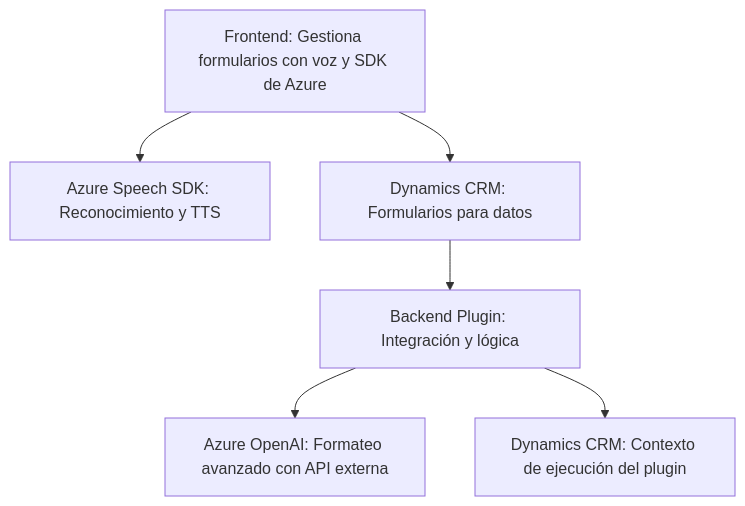
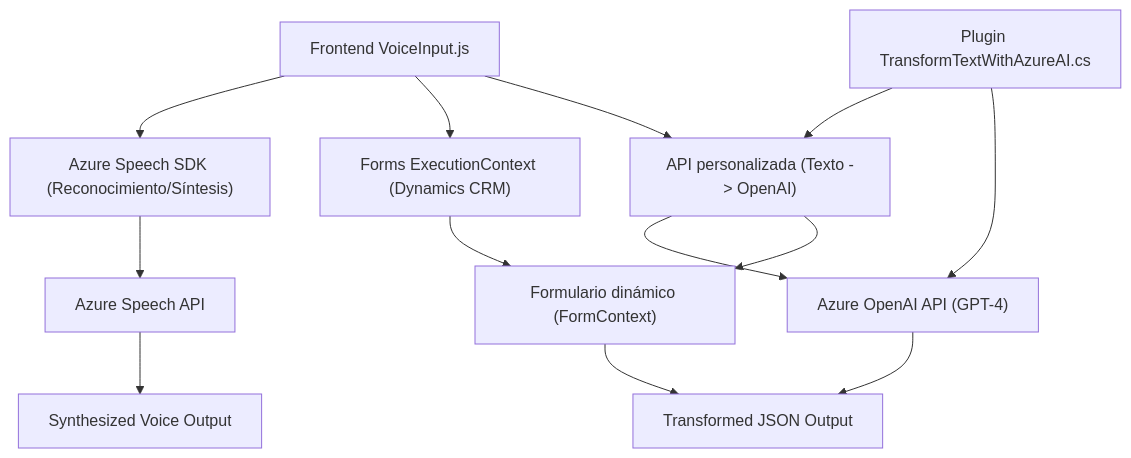
Before and after one commit to blopezdm/NETCORE_BILBAO2025: the diagram in README.md, drawn with Mermaid. The commit also changed other lines of this file, not shown here.

Commit message:
Actualizar análisis global de la solución con IA

````diff
--- a/README.md
+++ b/README.md
@@ -32,8 +31,16 @@
 ```mermaid
 graph TD
-    A["Frontend: Gestiona formularios con voz y SDK de Azure"] --> B["Azure Speech SDK: Reconocimiento y TTS"]
-    A --> C["Dynamics CRM: Formularios para datos"]
-    C --> D["Backend Plugin: Integración y lógica"]
-    D --> E["Azure OpenAI: Formateo avanzado con API externa"]
-    D --> F["Dynamics CRM: Contexto de ejecución del plugin"]
+    A["Frontend VoiceInput.js"] --> B["Azure Speech SDK (Reconocimiento/Síntesis)"]
+    A --> C["Forms ExecutionContext (Dynamics CRM)"]
+    A --> D["API personalizada (Texto -> OpenAI)"]
+    B --> E["Azure Speech API"]
+    D --> F["Azure OpenAI API (GPT-4)"]
+    C --> G["Formulario dinámico (FormContext)"]
+    D --> G
+    E --> H["Synthesized Voice Output"]
+
+    I["Plugin TransformTextWithAzureAI.cs"] --> D
+    I --> F
+    F --> J["Transformed JSON Output"]
+    G --> J
 ```
````
